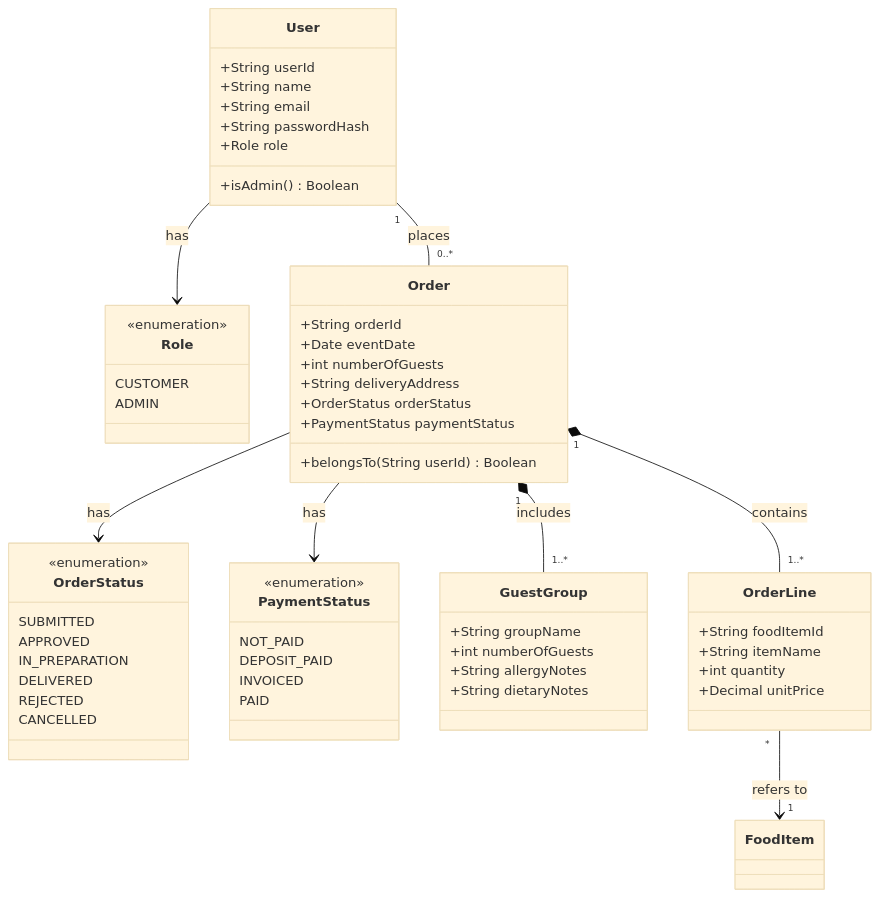
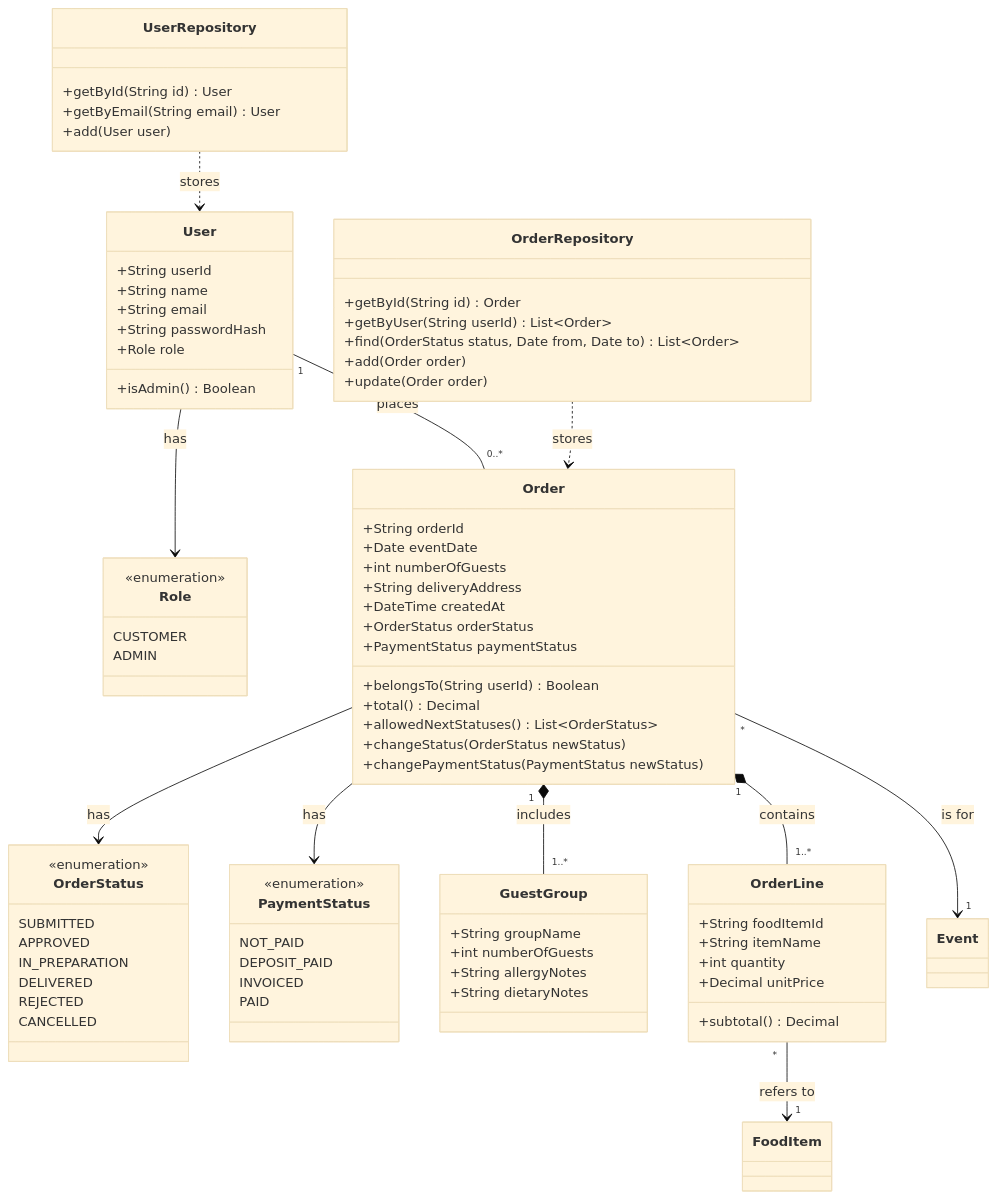
One commit to vikri8772/assignment4 changed the diagram in docs/plans/domain-orders-class.md. Above: the diagram before and after it, drawn with Mermaid (base theme).

````diff
--- a/docs/plans/domain-orders-class.md
+++ b/docs/plans/domain-orders-class.md
@@ -18,31 +18,36 @@
     }
 
     class OrderStatus {
-            <<enumeration>>
-            SUBMITTED
-            APPROVED
-            IN_PREPARATION
-            DELIVERED
-            REJECTED
-            CANCELLED
-        }
-    
+        <<enumeration>>
+        SUBMITTED
+        APPROVED
+        IN_PREPARATION
+        DELIVERED
+        REJECTED
+        CANCELLED
+    }
+
     class PaymentStatus {
-            <<enumeration>>
-            NOT_PAID
-            DEPOSIT_PAID
-            INVOICED
-            PAID
-        }
+        <<enumeration>>
+        NOT_PAID
+        DEPOSIT_PAID
+        INVOICED
+        PAID
+    }
 
     class Order {
         +String orderId
         +Date eventDate
         +int numberOfGuests
         +String deliveryAddress
+        +DateTime createdAt
         +OrderStatus orderStatus
         +PaymentStatus paymentStatus
         +belongsTo(String userId) Boolean
+        +total() Decimal
+        +allowedNextStatuses() List~OrderStatus~
+        +changeStatus(OrderStatus newStatus)
+        +changePaymentStatus(PaymentStatus newStatus)
     }
 
     class GuestGroup {
@@ -57,9 +62,25 @@
         +String itemName
         +int quantity
         +Decimal unitPrice
+        +subtotal() Decimal
+    }
+
+    class UserRepository {
+        +getById(String id) User
+        +getByEmail(String email) User
+        +add(User user)
+    }
+
+    class OrderRepository {
+        +getById(String id) Order
+        +getByUser(String userId) List~Order~
+        +find(OrderStatus status, Date from, Date to) List~Order~
+        +add(Order order)
+        +update(Order order)
     }
 
     class FoodItem
+    class Event
 
     User --> Role : has
     User "1" -- "0..*" Order : places
@@ -67,6 +88,9 @@
     Order "1" *-- "1..*" OrderLine : contains
     Order --> OrderStatus : has
     Order --> PaymentStatus : has
+    Order "*" --> "1" Event : is for
     OrderLine "*" --> "1" FoodItem : refers to
+    UserRepository ..> User : stores
+    OrderRepository ..> Order : stores
 
 ```
````
